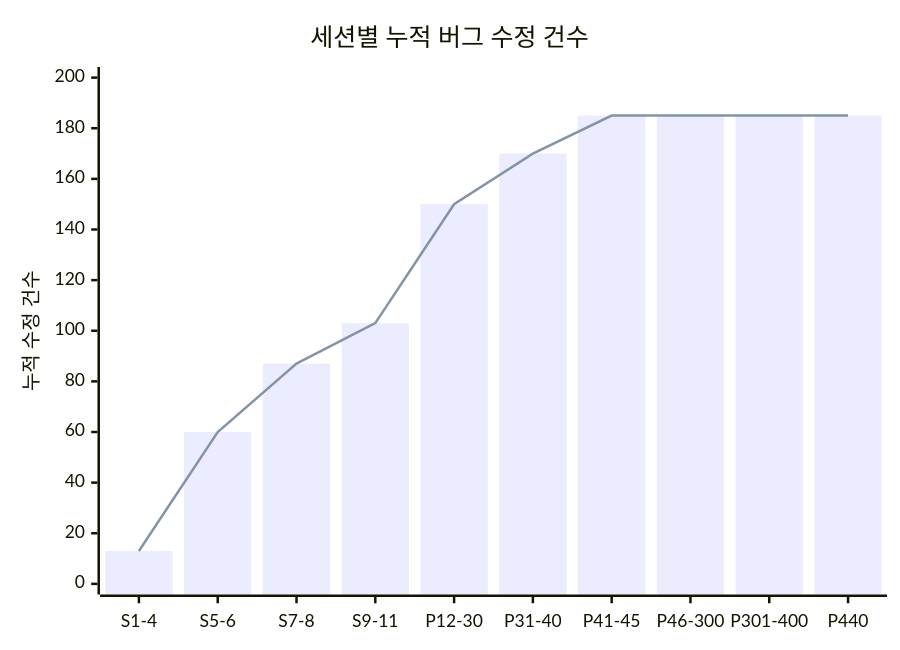
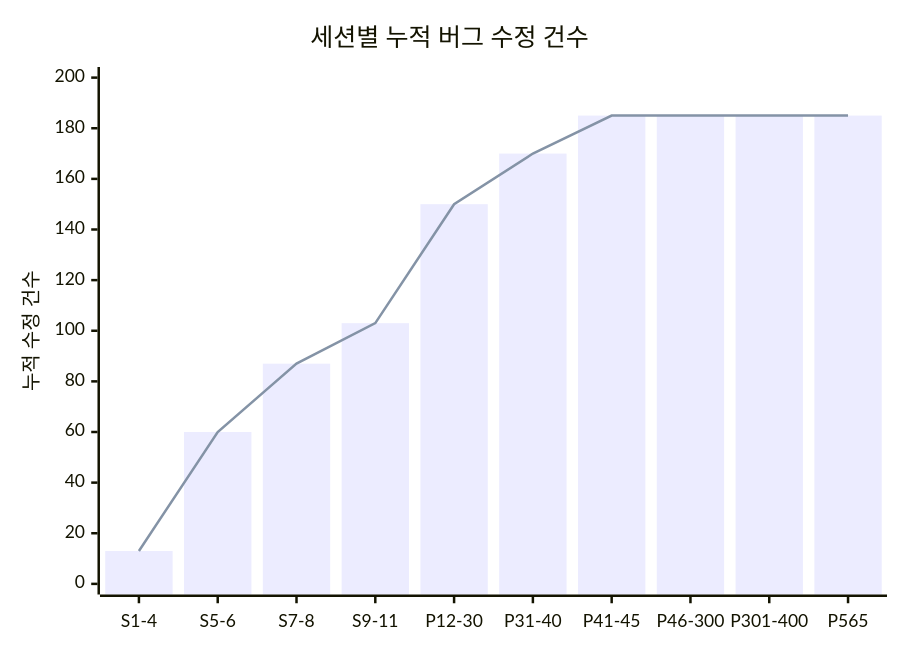
Diagram 25 of 33 in README.md (sun475300-sudo/Swarm-control-in-sc2bot), drawn with Mermaid before and after one commit. The commit also changed other lines of this file, not shown here.

````diff
--- a/README.md
+++ b/README.md
@@ -1199,8 +1244,8 @@
 ```mermaid
 xychart-beta
     title "세션별 누적 버그 수정 건수"
-    x-axis ["S1-4", "S5-6", "S7-8", "S9-11", "P12-30", "P31-40", "P41-45", "P46-300", "P301-400", "P440"]
+    x-axis ["S1-4", "S5-6", "S7-8", "S9-11", "P12-30", "P31-40", "P41-45", "P46-300", "P301-400", "P565"]
     y-axis "누적 수정 건수" 0 --> 200
     bar [13, 60, 87, 103, 150, 170, 185, 185, 185, 185]
     line [13, 60, 87, 103, 150, 170, 185, 185, 185, 185]
 ```
````
